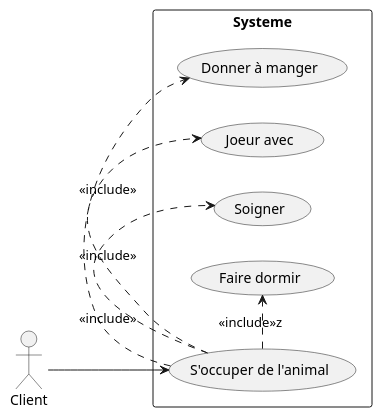
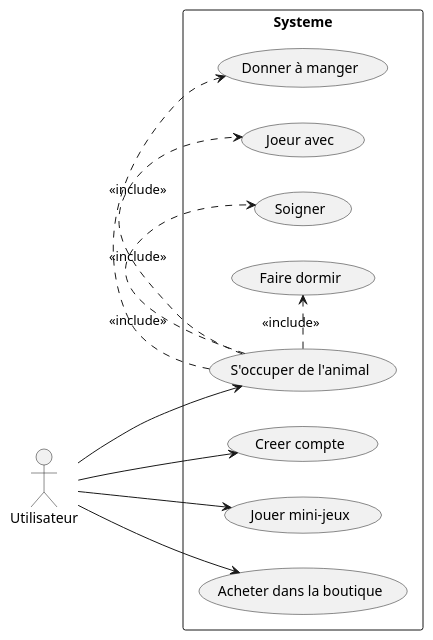
One commit to Sophololol/Application-Web---ANIMOCHI changed the second of 2 diagrams in Diagrammes.wsd. Above: the diagram before and after it, drawn with PlantUML.

Commit message:
Mise à jour du fichier Diagrammes.wsd Modification du Diagramme de Cas d'utilisation

```diff
--- a/Diagrammes.wsd
+++ b/Diagrammes.wsd
@@ -56,16 +56,23 @@
 @startuml "Cas d'utilisation"
 left to right direction
-actor Client
+actor Utilisateur
 rectangle "Systeme"{
+    usecase "Creer compte" as UC3
     usecase "S'occuper de l'animal" as UC1
     usecase "Donner à manger" as UC1.1
     usecase "Joeur avec" as UC1.2
     usecase "Soigner" as UC1.3
     usecase "Faire dormir" as UC1.4
+    usecase "Jouer mini-jeux" as UC2
+    usecase "Acheter dans la boutique" as UC4
+
     UC1.>UC1.1:<<include>>
     UC1.>UC1.2:<<include>>
     UC1.>UC1.3:<<include>>
-    UC1.>UC1.4:<<include>>z
+    UC1.>UC1.4:<<include>>
 }
-Client -->UC1
+Utilisateur -->UC1
+Utilisateur -->UC2
+Utilisateur -->UC3
+Utilisateur -->UC4
 @enduml
```
